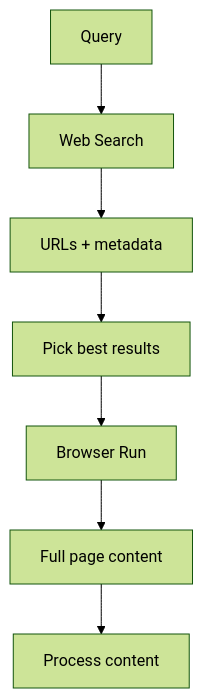
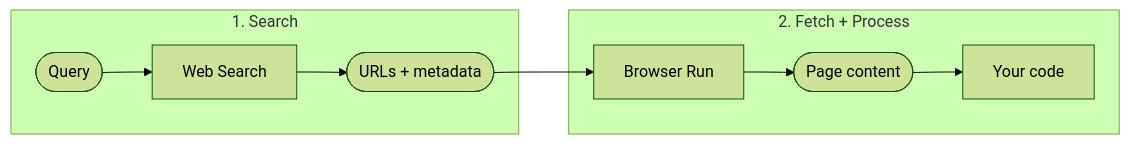
The diagram in src/content/docs/web-search/concepts/how-web-search-works.mdx (randadendam-otp/cloudflare-docs), drawn with Mermaid (forest theme) before and after one commit. The commit also changed other lines of this file and 5 other files, not shown here.

First line of the commit message:
[Web Search] Improve docs clarity, add AI Search indexing tutorial

````diff
--- a/src/content/docs/web-search/concepts/how-web-search-works.mdx
+++ b/src/content/docs/web-search/concepts/how-web-search-works.mdx
@@ -23,9 +23,12 @@
 ```mermaid
-flowchart TD
-    A[Query] --> B[Web Search]
-    B --> C[URLs + metadata]
-    C --> D[Pick best results]
-    D --> E[Browser Run]
-    E --> F[Full page content]
-    F --> G[Process content]
+flowchart LR
+    subgraph Search["1. Search"]
+        A([Query]) --> B[Web Search]
+        B --> C([URLs + metadata])
+    end
+    subgraph Fetch["2. Fetch + Process"]
+        C --> D[Browser Run]
+        D --> E([Page content])
+        E --> F[Your code]
+    end
 ```
````
